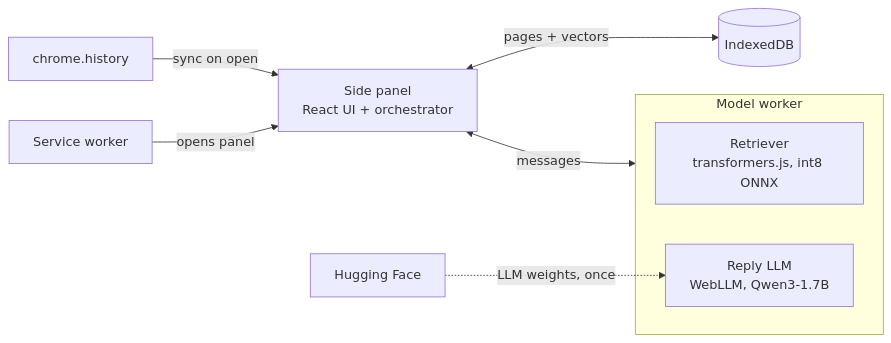
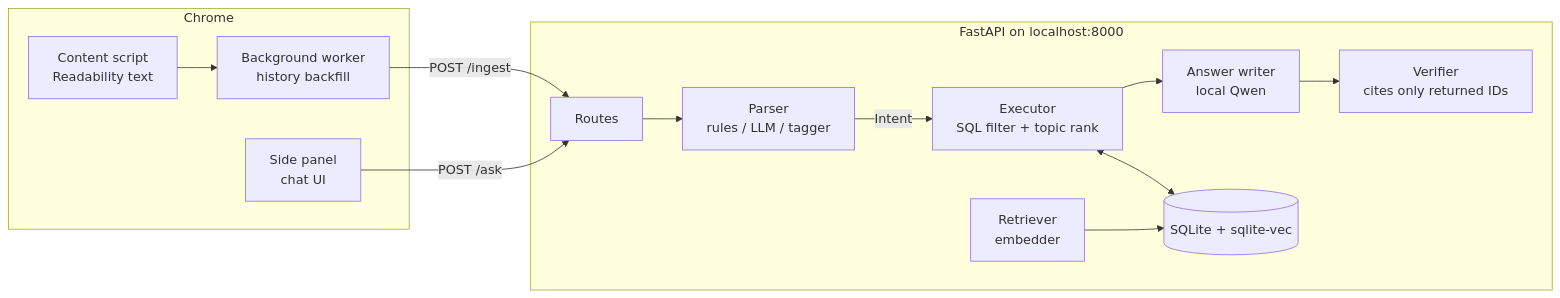
The diagram in README.md (Adi-Ram123/Breadcrumbs-History-Assistant), drawn with Mermaid before and after one commit. The commit also changed other lines of this file and 2 other files, not shown here.

````diff
--- a/README.md
+++ b/README.md
@@ -18,12 +25,17 @@
 ```mermaid
 flowchart LR
-    H[chrome.history] -->|sync on open| P[Side panel<br/>React UI + orchestrator]
-    SW[Service worker] -->|opens panel| P
-    P <-->|pages + vectors| DB[(IndexedDB)]
-    P <-->|messages| W
-    subgraph W[Model worker]
-        R[Retriever<br/>transformers.js, int8 ONNX]
-        L[Reply LLM<br/>WebLLM, Qwen3-1.7B]
+    subgraph Chrome
+        CS[Content script<br/>Readability text] --> BG[Background worker<br/>history backfill]
+        SP[Side panel<br/>chat UI]
     end
-    HF[Hugging Face] -.->|LLM weights, once| L
+    BG -->|POST /ingest| API
+    SP -->|POST /ask| API
+    subgraph Local backend [FastAPI on localhost:8000]
+        API[Routes] --> P[Parser<br/>rules / LLM / tagger]
+        P -->|Intent| X[Executor<br/>SQL filter + topic rank]
+        X --> W[Answer writer<br/>local Qwen]
+        W --> V[Verifier<br/>cites only returned IDs]
+        X <--> DB[(SQLite + sqlite-vec)]
+        E[Retriever<br/>embedder] --> DB
+    end
 ```
````
